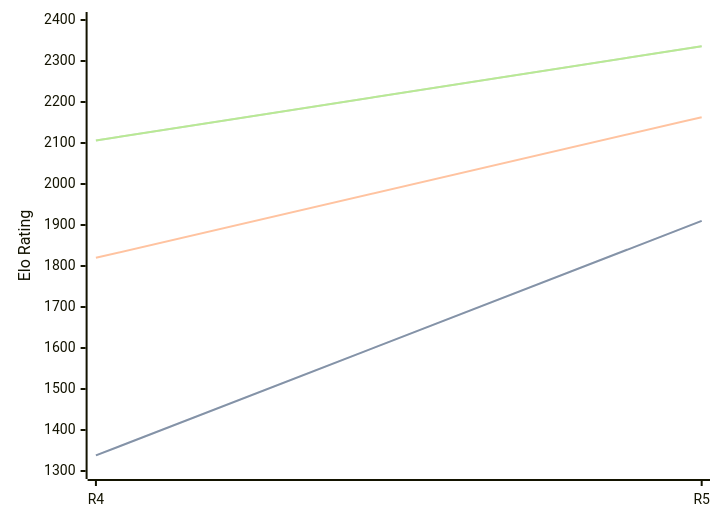
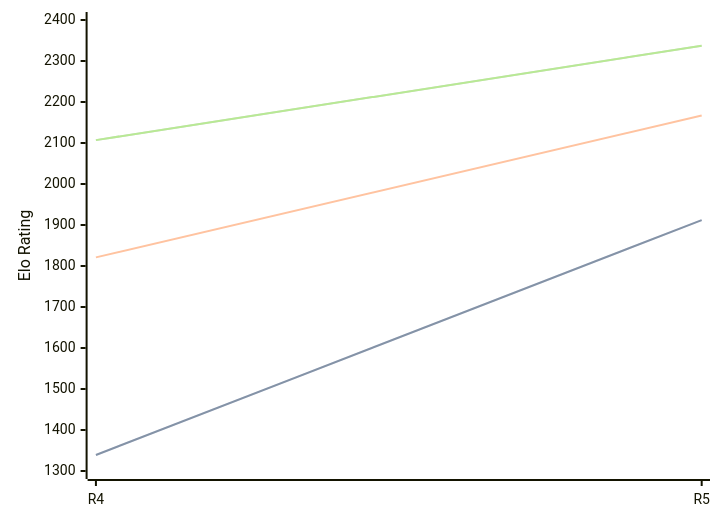
Before and after one commit to computer-chess-index/cci: the diagram in engines/Viking.md, drawn with Mermaid. The commit also changed other lines of this file, not shown here.

Commit message:
Update CCI Ratings (ELO VLTC) - 2026-07-24

````diff
--- a/engines/Viking.md
+++ b/engines/Viking.md
@@ -35,11 +35,11 @@
 ```mermaid
 %%{init: {"theme":"base","themeVariables":{"seriesColors:['#a3a3a3','#222221','#faa371']}}}%%
 xychart-beta
   x-axis ["R4", "R5"]
   y-axis "Elo Rating" 1300 --> 2400
-  line "STC (8.0+0.08s)" [1338, 1910]
-  line "STC (8.0+0.08s)" [1338, 1910]
-  line "LTC (60.0+0.60s)" [1820, 2163]
-  line "VLTC (2m24s+1.12s)" [2106, 2336]
-  line "VLTC (2m24s+1.12s)" [2106, 2336]
+  line "STC (8.0+0.08s)" [1339, 1912]
+  line "STC (8.0+0.08s)" [1339, 1912]
+  line "LTC (60.0+0.60s)" [1821, 2167]
+  line "VLTC (2m24s+1.12s)" [2107, 2337]
+  line "VLTC (2m24s+1.12s)" [2107, 2337]
 ```
````
